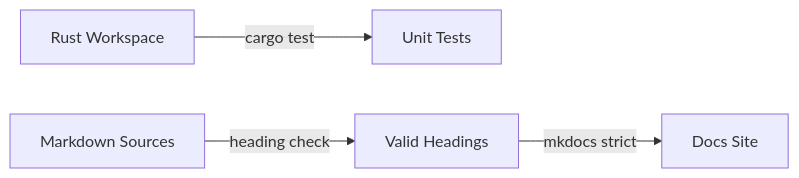
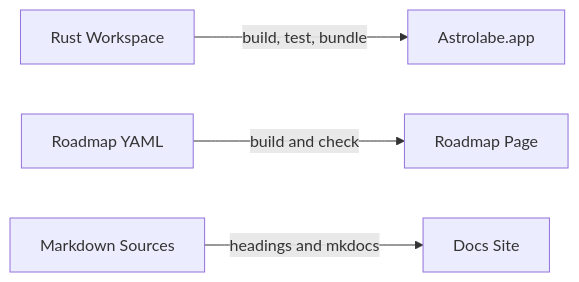
One commit to AhmedKhan-GH/astrolabe changed the diagram in docs/development/index.md. Above: the diagram before and after it, drawn with Mermaid. The commit also changed other lines of this file and 6 other files, not shown here.

````diff
--- a/docs/development/index.md
+++ b/docs/development/index.md
@@ -9,6 +9,6 @@
 ```mermaid
 flowchart LR
-    src[Rust Workspace] -->|cargo test| checks[Unit Tests]
-    docs[Markdown Sources] -->|heading check| valid[Valid Headings]
-    valid -->|mkdocs strict| site[Docs Site]
+    src[Rust Workspace] -->|build, test, bundle| app[Astrolabe.app]
+    roadmap[Roadmap YAML] -->|build and check| rmdoc[Roadmap Page]
+    docs[Markdown Sources] -->|headings and mkdocs| site[Docs Site]
 ```
````
